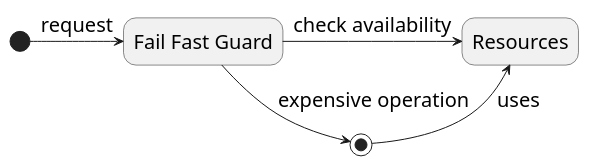
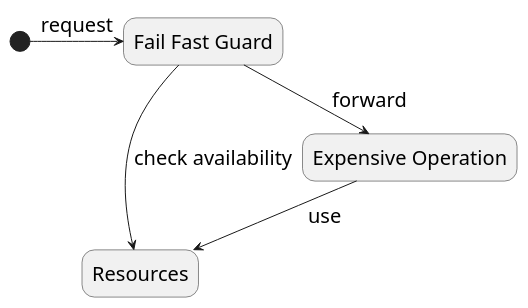
The diagram in diagrams/fail-fast.puml (webdizz/fault-tolerance-talk), drawn with PlantUML before and after one commit. The commit also changed 2 other files, not shown here.

Commit message:
Add a bunch of patterns diagrams

```diff
--- a/diagrams/fail-fast.puml
+++ b/diagrams/fail-fast.puml
@@ -1,11 +1,11 @@
 @startuml
 
 skinparam backgroundColor transparent
 skinparam usecaseArrowFontSize 20
 
 (*) -right-> [request] "<size:20>Fail Fast Guard</size>"
-"<size:20>Fail Fast Guard</size>" -down->[expensive operation] (*)
-     -up-> [uses] "<size:20>Resources</size>"
+"<size:20>Fail Fast Guard</size>" -down-> [forward] "<size:20>Expensive Operation</size>"
+"<size:20>Expensive Operation</size>" --> [use] "<size:20>Resources</size>"
 "<size:20>Fail Fast Guard</size>" -right-> [check availability] "<size:20>Resources</size>"
 
 @enduml
```
